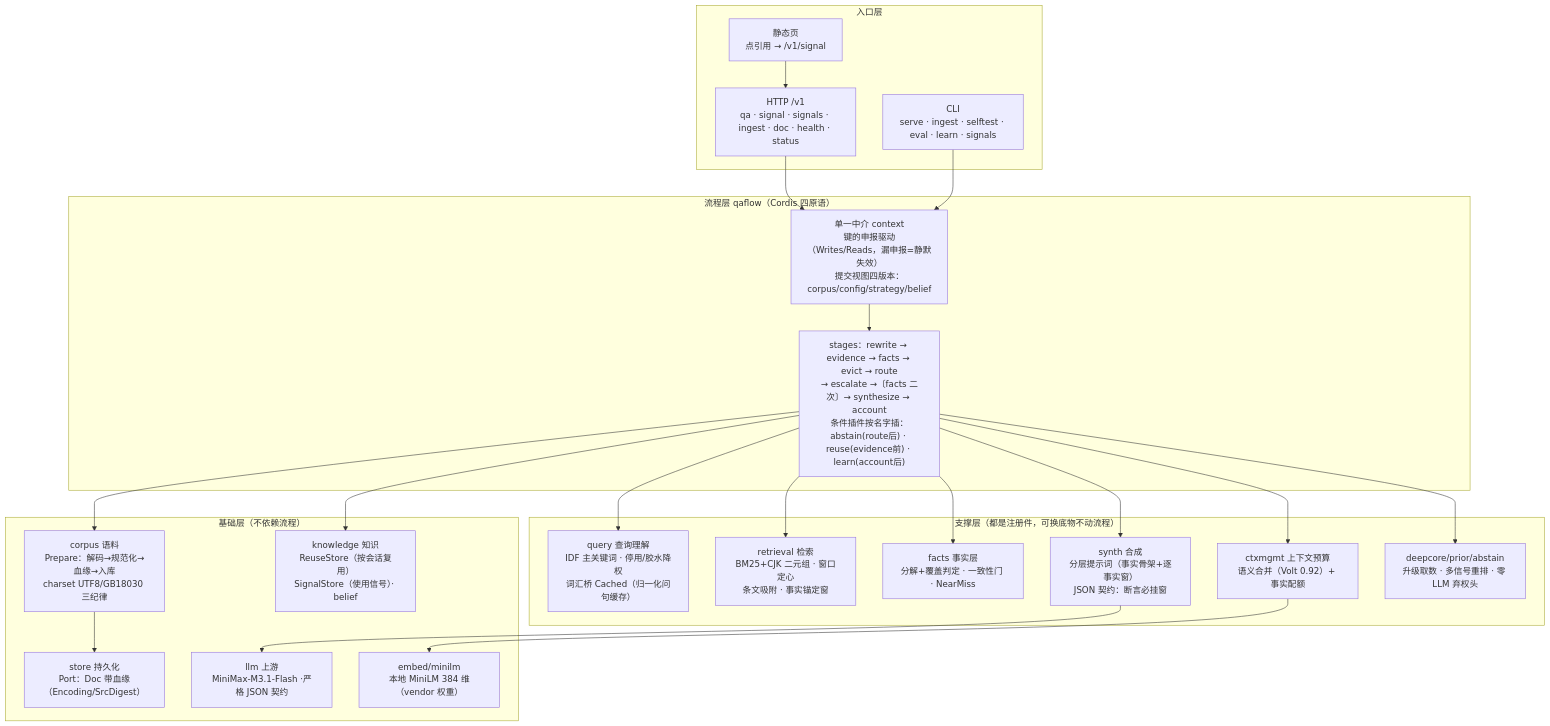
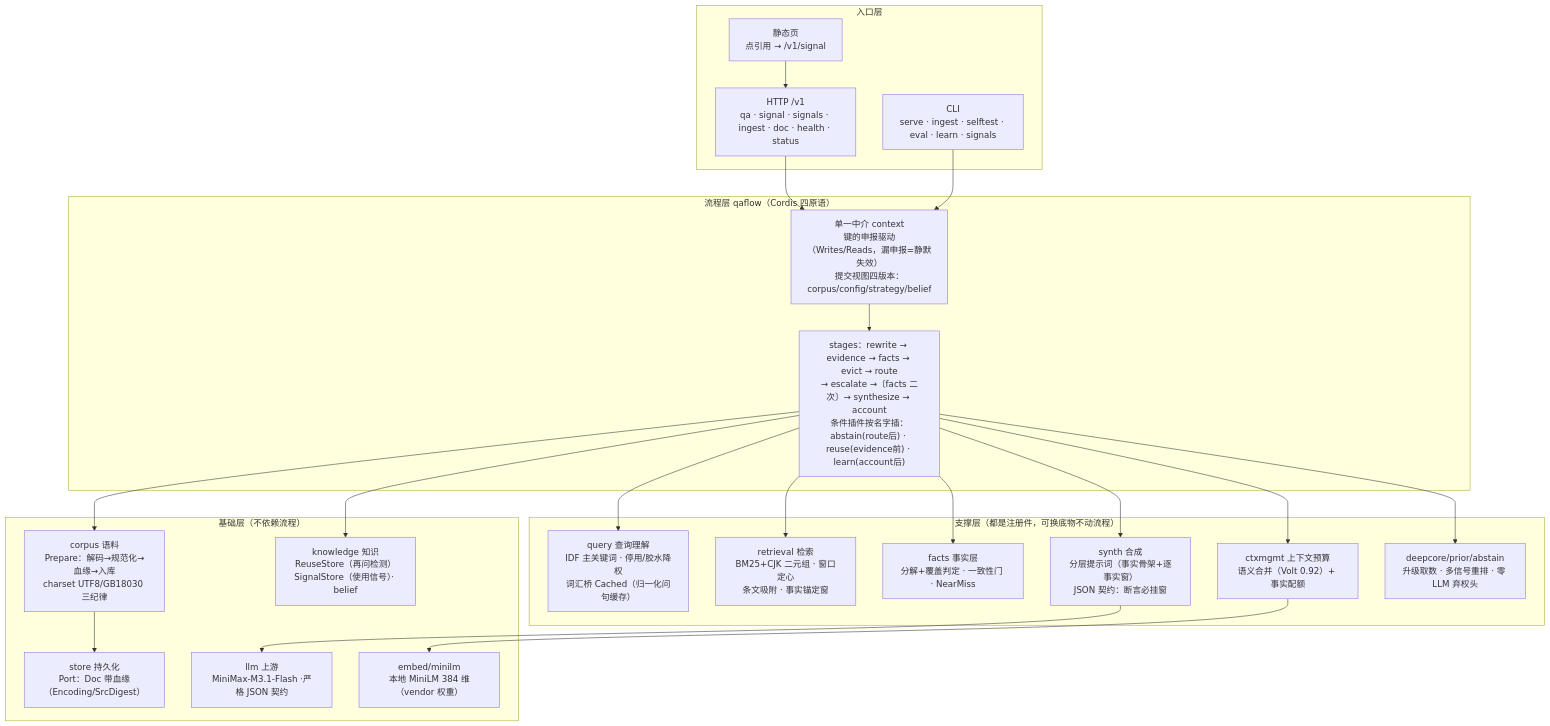
Before and after one commit to willove/cumulus: the first of 2 diagrams in docs/architecture-diagram.md, drawn with Mermaid. The commit also changed other lines of this file and 11 other files, not shown here.

````diff
--- a/docs/architecture-diagram.md
+++ b/docs/architecture-diagram.md
@@ -9,40 +9,40 @@
 ```mermaid
 flowchart TB
     subgraph 入口层
         HTTP["HTTP /v1<br/>qa · signal · signals · ingest · doc · health · status"]
         CLI["CLI<br/>serve · ingest · selftest · eval · learn · signals"]
         PAGE["静态页<br/>点引用 → /v1/signal"]
     end
 
     subgraph 流程层["流程层 qaflow（Cordis 四原语）"]
         CTX["单一中介 context<br/>键的申报驱动（Writes/Reads，漏申报=静默失效）<br/>提交视图四版本：corpus/config/strategy/belief"]
         STAGES["stages：rewrite → evidence → facts → evict → route<br/>→ escalate →〔facts 二次〕→ synthesize → account<br/>条件插件按名字插：abstain(route后) · reuse(evidence前) · learn(account后)"]
     end
 
     subgraph 支撑层["支撑层（都是注册件，可换底物不动流程）"]
         QUERY["query 查询理解<br/>IDF 主关键词 · 停用/胶水降权<br/>词汇桥 Cached（归一化问句缓存）"]
         RET["retrieval 检索<br/>BM25+CJK 二元组 · 窗口定心<br/>条文吸附 · 事实锚定窗"]
         FACTS["facts 事实层<br/>分解+覆盖判定 · 一致性门 · NearMiss"]
         SYNTH["synth 合成<br/>分层提示词（事实骨架+逐事实窗）<br/>JSON 契约：断言必挂窗"]
         CTXM["ctxmgmt 上下文预算<br/>语义合并（Volt 0.92）+ 事实配额"]
         DEEP["deepcore/prior/abstain<br/>升级取数 · 多信号重排 · 零 LLM 弃权头"]
     end
 
     subgraph 基础层["基础层（不依赖流程）"]
         CORPUS["corpus 语料<br/>Prepare：解码→规范化→血缘→入库<br/>charset UTF8/GB18030 三纪律"]
         STORE["store 持久化<br/>Port：Doc 带血缘（Encoding/SrcDigest）"]
-        KNOW["knowledge 知识<br/>ReuseStore（按会话复用）<br/>SignalStore（使用信号）· belief"]
+        KNOW["knowledge 知识<br/>ReuseStore（再问检测）<br/>SignalStore（使用信号）· belief"]
         LLM["llm 上游<br/>MiniMax-M3.1-Flash ·严格 JSON 契约"]
         EMB["embed/minilm<br/>本地 MiniLM 384 维（vendor 权重）"]
     end
 
     HTTP --> CTX
     CLI --> CTX
     PAGE --> HTTP
     CTX --> STAGES
     STAGES --> QUERY & RET & FACTS & SYNTH & CTXM & DEEP
     STAGES --> CORPUS --> STORE
     STAGES --> KNOW
     SYNTH --> LLM
     CTXM --> EMB
 ```
````
